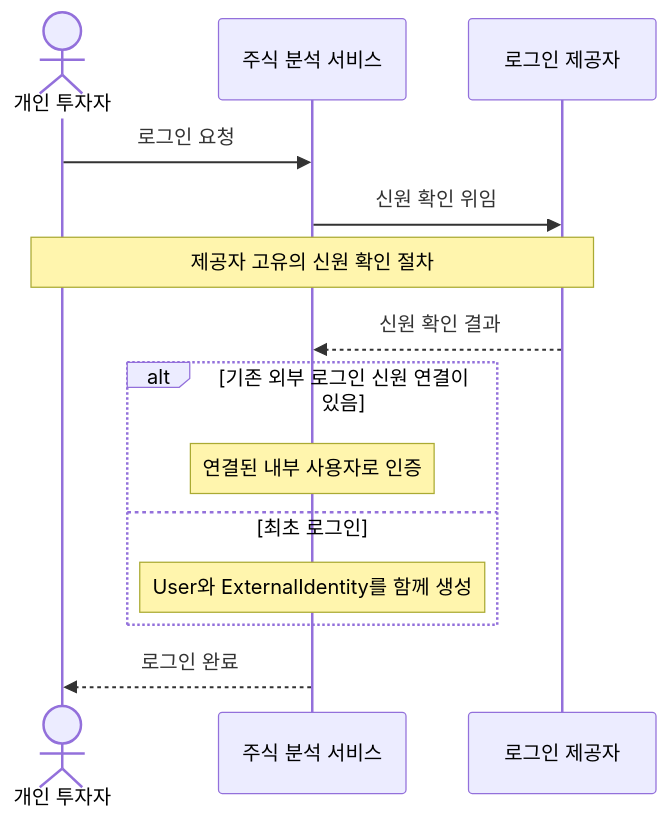
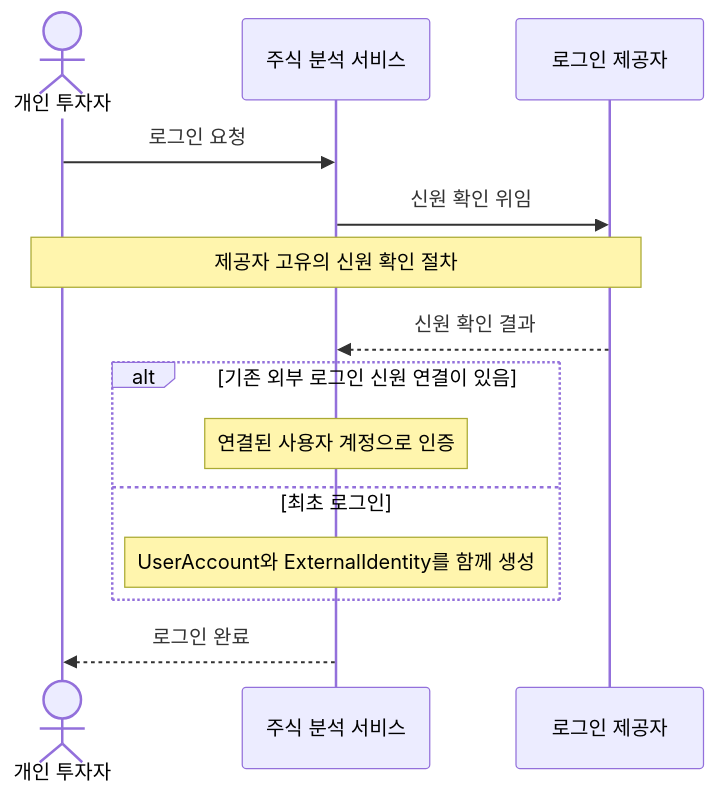
Before and after one commit to PhilPark-geosr/stock-agent: the fifth of 7 diagrams in design/login_feature_design.md, drawn with Mermaid. The commit also changed other lines of this file and 1 other file, not shown here.

Commit message:
docs: rename user domain concept to account

````diff
--- a/design/login_feature_design.md
+++ b/design/login_feature_design.md
@@ -193,19 +193,19 @@
 ```mermaid
 sequenceDiagram
     actor Investor as 개인 투자자
     participant System as 주식 분석 서비스
     participant Provider as 로그인 제공자
 
     Investor->>System: 로그인 요청
     System->>Provider: 신원 확인 위임
     Note over Investor,Provider: 제공자 고유의 신원 확인 절차
     Provider-->>System: 신원 확인 결과
 
     alt 기존 외부 로그인 신원 연결이 있음
-        Note over System: 연결된 내부 사용자로 인증
+        Note over System: 연결된 사용자 계정으로 인증
     else 최초 로그인
-        Note over System: User와 ExternalIdentity를 함께 생성
+        Note over System: UserAccount와 ExternalIdentity를 함께 생성
     end
 
     System-->>Investor: 로그인 완료
 ```
````
